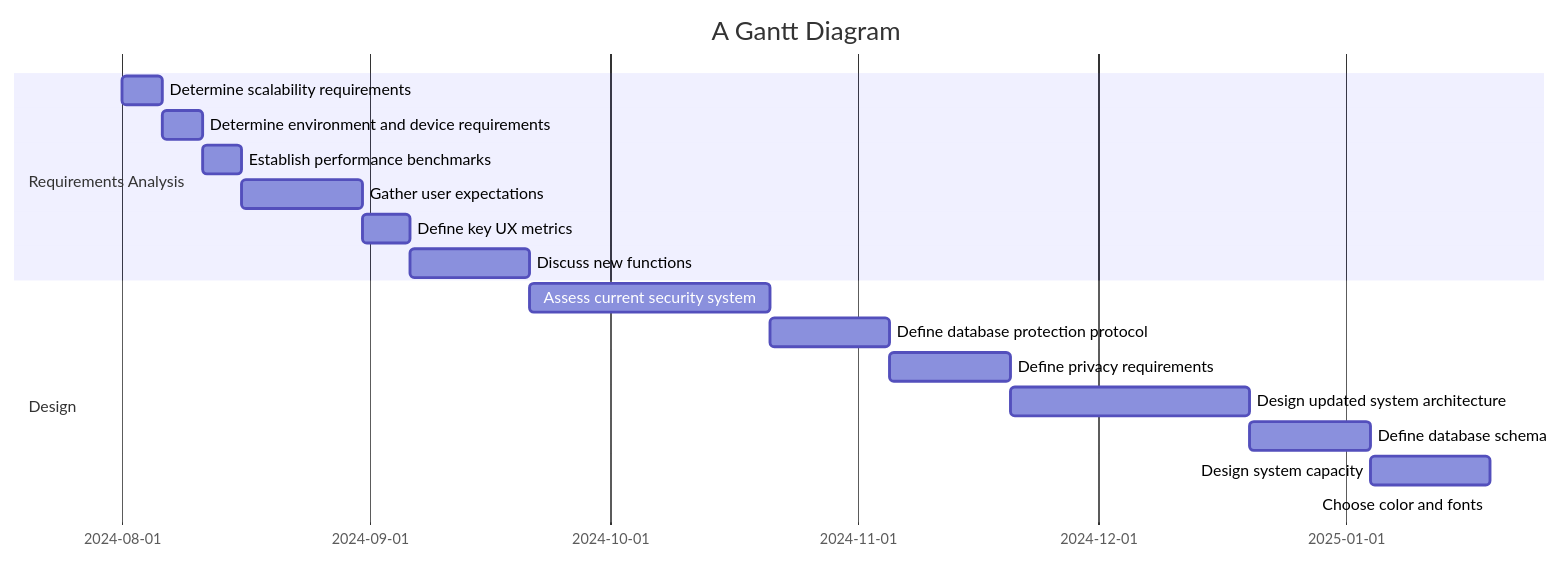
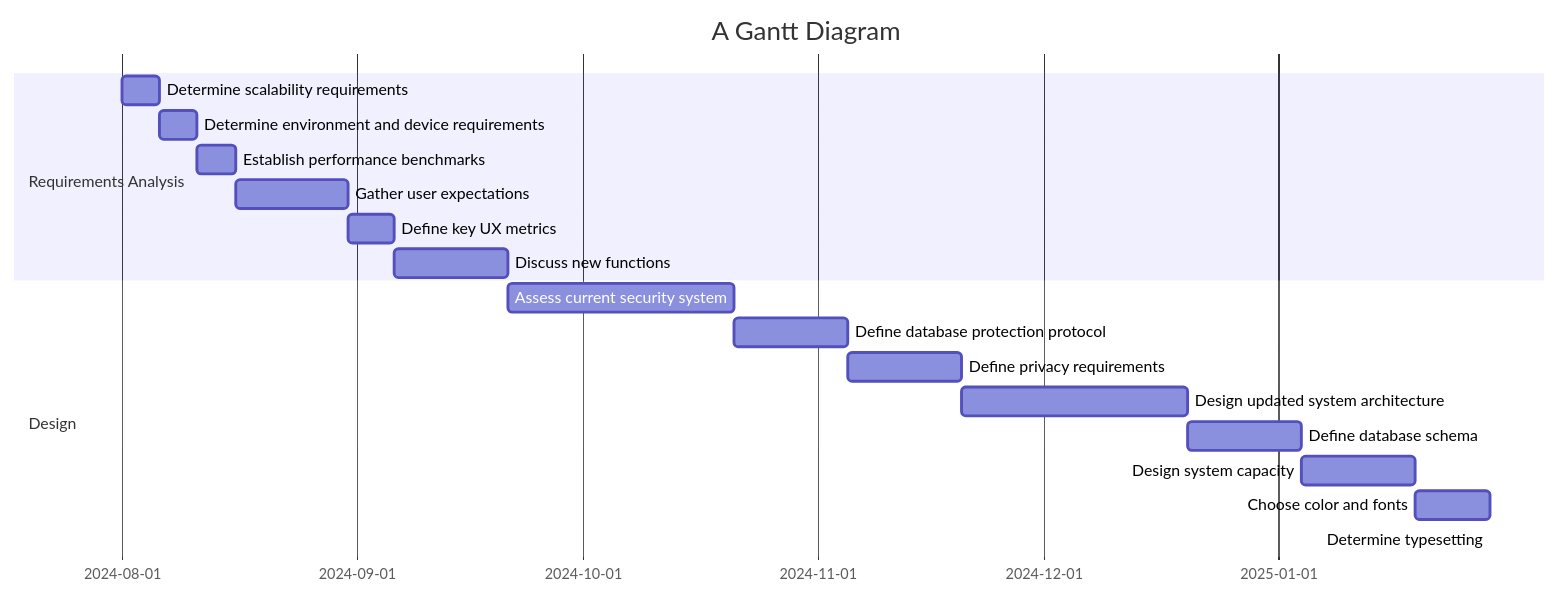
The diagram in all/Untitled.md (sayshelley/iodraw-files), drawn with Mermaid before and after one commit.

Commit message:
2024-10-04 22:42:16 update

````diff
--- a/all/Untitled.md
+++ b/all/Untitled.md
@@ -1,24 +1,25 @@
 ```mermaid
 gantt
     title A Gantt Diagram
     dateFormat  YYYY-MM-DD
     section Requirements Analysis
     Determine scalability requirements :a1, 2024-08-01, 5d
     Determine environment and device requirements :a2, after a1, 5d
     Establish performance benchmarks: a3, after a2, 5d
     Gather user expectations: a4, after a3, 15d
     Define key UX metrics : a5, after a4, 6d
     Discuss new functions: a6, after a5, 15d
     section Design
     Assess current security system:b1, after a6, 30d
     Define database protection protocol: b2, after b1, 15d
     Define privacy requirements: b3, after b2, 15d
     Design updated system architecture: b4, after b3, 30d
     Define database schema: b5, after b4, 15d
     Design system capacity: b6, after b5, 15d
-    Choose color and fonts: 
+    Choose color and fonts: b7, after b6, 10d
+    Determine typesetting: b
     
 
 
    
 ```
````
